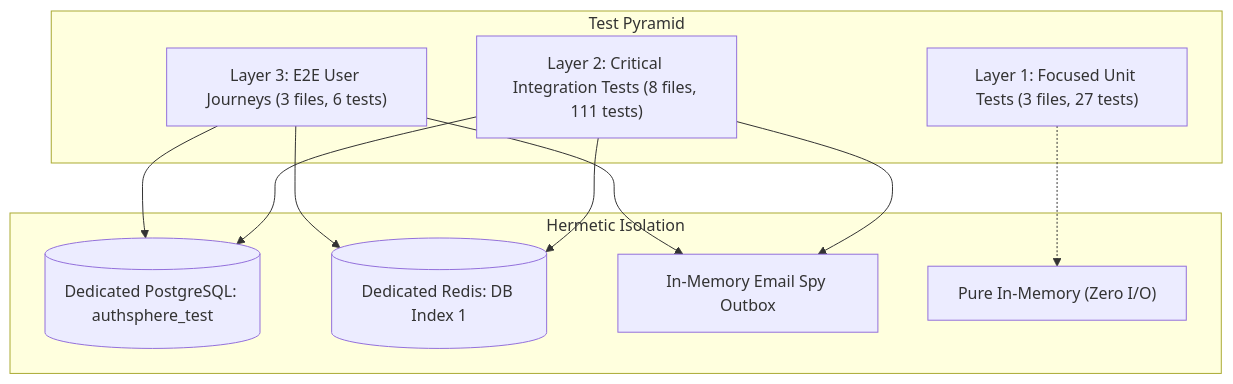
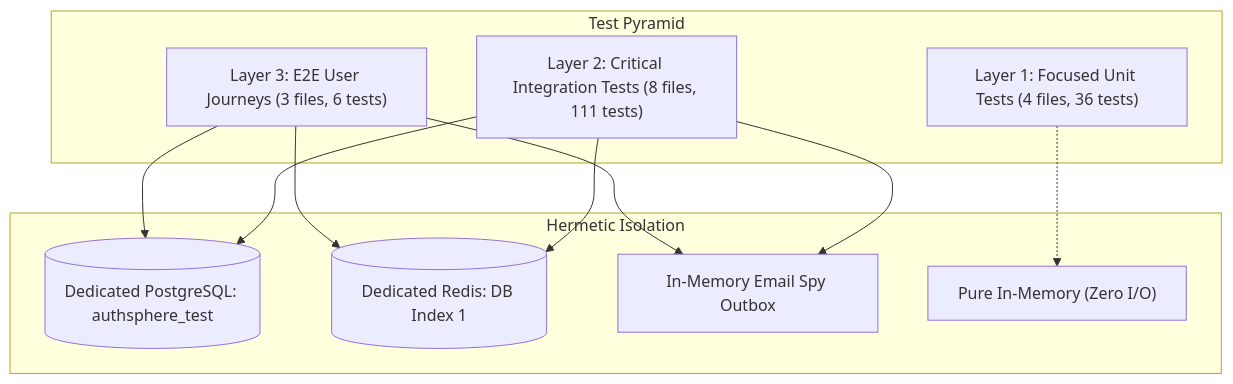
Before and after one commit to utkarshj014/authsphere: the ninth of 9 diagrams in docs/ARCHITECTURE.md, drawn with Mermaid. The commit also changed other lines of this file and 3 other files, not shown here.

````diff
--- a/docs/ARCHITECTURE.md
+++ b/docs/ARCHITECTURE.md
@@ -515,15 +516,15 @@
 ```mermaid
 graph TD
     subgraph Test Pyramid
         E2E["Layer 3: E2E User Journeys (3 files, 6 tests)"]
         INT["Layer 2: Critical Integration Tests (8 files, 111 tests)"]
-        UNIT["Layer 1: Focused Unit Tests (3 files, 27 tests)"]
+        UNIT["Layer 1: Focused Unit Tests (4 files, 36 tests)"]
     end
 
     subgraph Hermetic Isolation
         E2E & INT --> TestDB[("Dedicated PostgreSQL: authsphere_test")]
         E2E & INT --> TestRedis[("Dedicated Redis: DB Index 1")]
         E2E & INT --> EmailSpy["In-Memory Email Spy Outbox"]
         UNIT -.-> PureMemory["Pure In-Memory (Zero I/O)"]
     end
 ```
````
